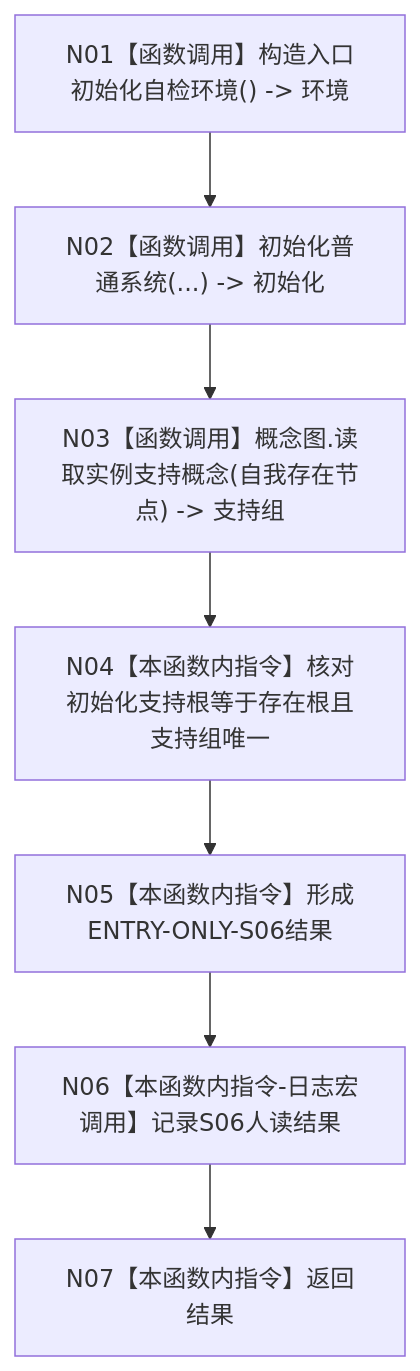
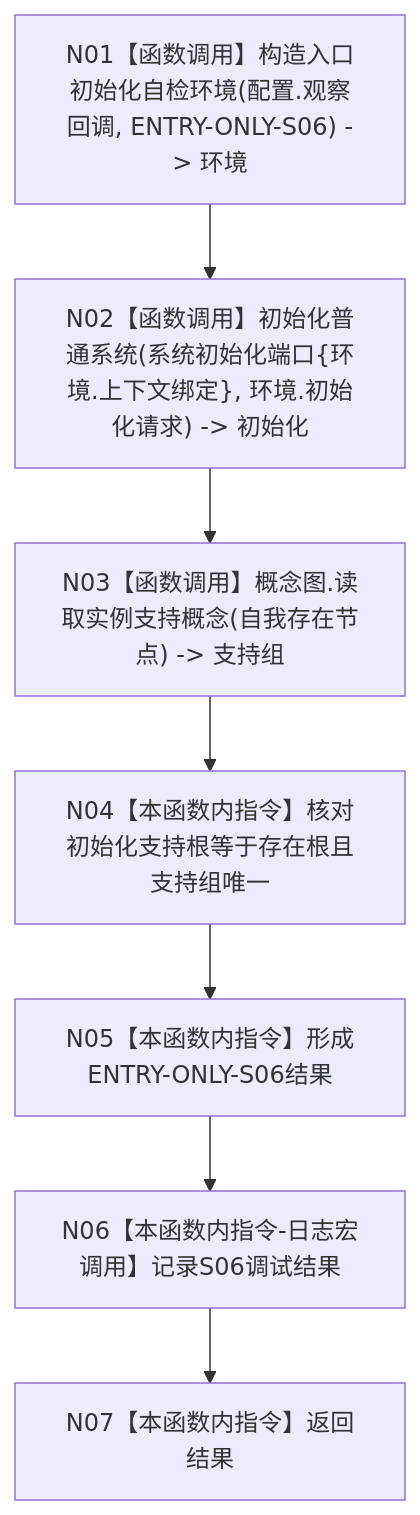
One commit to chunhaizh-cyber/HY-Ego changed the diagram in 流程图/20260726_ENTRY-ONLY_S06_自我存在实例根支持_施工流程图_v0.1.md. Above: the diagram before and after it, drawn with Mermaid. The commit also changed other lines of this file and 54 other files, not shown here.

Commit message:
修订 ENTRY-ONLY 入口职责设计包

````diff
--- a/流程图/20260726_ENTRY-ONLY_S06_自我存在实例根支持_施工流程图_v0.1.md
+++ b/流程图/20260726_ENTRY-ONLY_S06_自我存在实例根支持_施工流程图_v0.1.md
@@ -27,9 +27,9 @@
 ```mermaid
 flowchart TD
-    N01["N01【函数调用】构造入口初始化自检环境() -> 环境"] --> N02["N02【函数调用】初始化普通系统(...) -> 初始化"]
+    N01["N01【函数调用】构造入口初始化自检环境(配置.观察回调, ENTRY-ONLY-S06) -> 环境"] --> N02["N02【函数调用】初始化普通系统(系统初始化端口{环境.上下文绑定}, 环境.初始化请求) -> 初始化"]
     N02 --> N03["N03【函数调用】概念图.读取实例支持概念(自我存在节点) -> 支持组"]
     N03 --> N04["N04【本函数内指令】核对初始化支持根等于存在根且支持组唯一"]
     N04 --> N05["N05【本函数内指令】形成ENTRY-ONLY-S06结果"]
-    N05 --> N06["N06【本函数内指令-日志宏调用】记录S06人读结果"]
+    N05 --> N06["N06【本函数内指令-日志宏调用】记录S06调试结果"]
     N06 --> N07["N07【本函数内指令】返回结果"]
 ```
````
